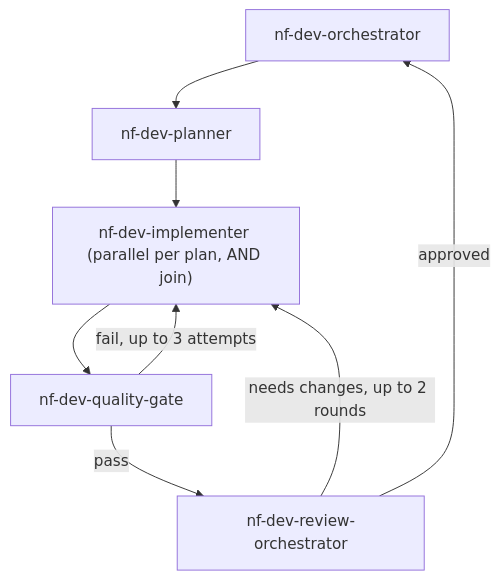
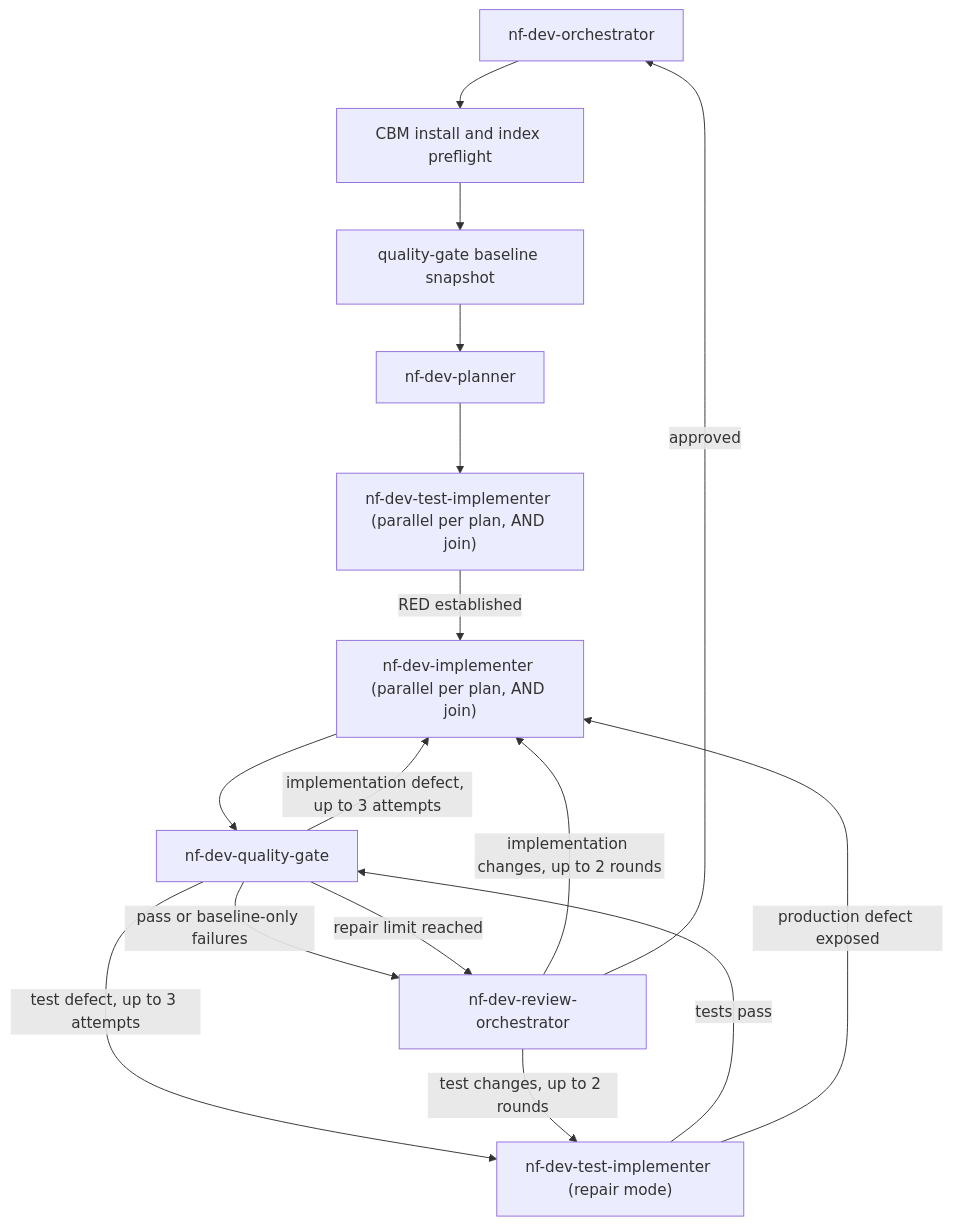
One commit to NetFabric/NetFabric.Numerics changed the diagram in .github/agents/nf-dev-orchestrator.agent.md. Above: the diagram before and after it, drawn with Mermaid. The commit also changed other lines of this file and 24 other files, not shown here.

````diff
--- a/.github/agents/nf-dev-orchestrator.agent.md
+++ b/.github/agents/nf-dev-orchestrator.agent.md
@@ -16,10 +17,18 @@
 ```mermaid
 flowchart TD
-    O[nf-dev-orchestrator] --> P[nf-dev-planner]
-    P --> I["nf-dev-implementer (parallel per plan, AND join)"]
+   O[nf-dev-orchestrator] --> C[CBM install and index preflight]
+   C --> BQ[quality-gate baseline snapshot]
+   BQ --> P[nf-dev-planner]
+   P --> T["nf-dev-test-implementer (parallel per plan, AND join)"]
+   T -->|RED established| I["nf-dev-implementer (parallel per plan, AND join)"]
     I --> QG[nf-dev-quality-gate]
-    QG -->|fail, up to 3 attempts| I
-    QG -->|pass| RO[nf-dev-review-orchestrator]
-    RO -->|needs changes, up to 2 rounds| I
+   QG -->|test defect, up to 3 attempts| TR["nf-dev-test-implementer (repair mode)"]
+   TR -->|tests pass| QG
+   TR -->|production defect exposed| I
+   QG -->|implementation defect, up to 3 attempts| I
+   QG -->|pass or baseline-only failures| RO[nf-dev-review-orchestrator]
+   QG -->|repair limit reached| RO
+   RO -->|test changes, up to 2 rounds| TR
+   RO -->|implementation changes, up to 2 rounds| I
     RO -->|approved| O
 ```
````
